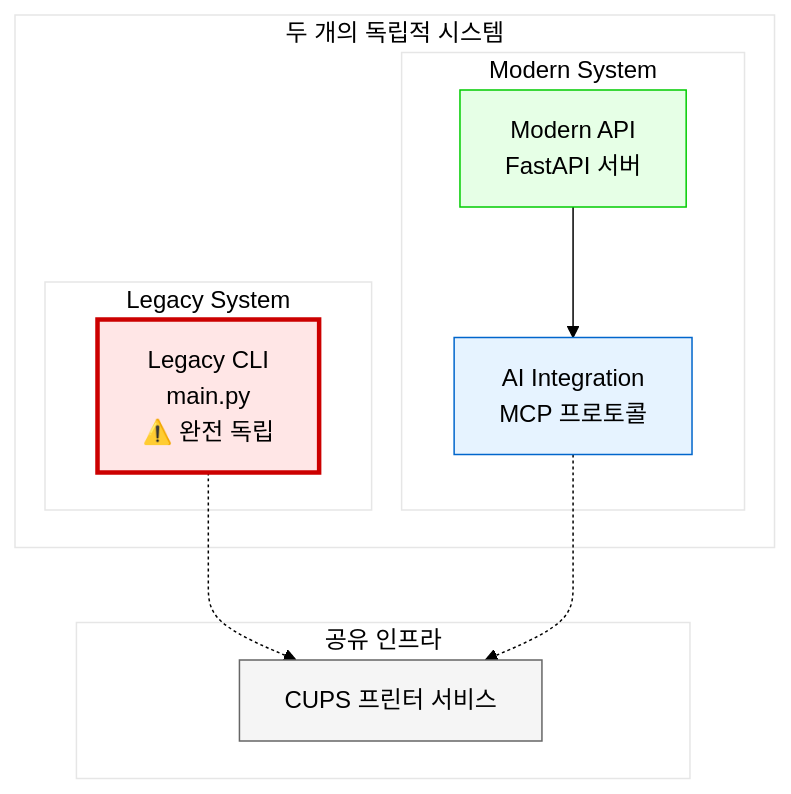
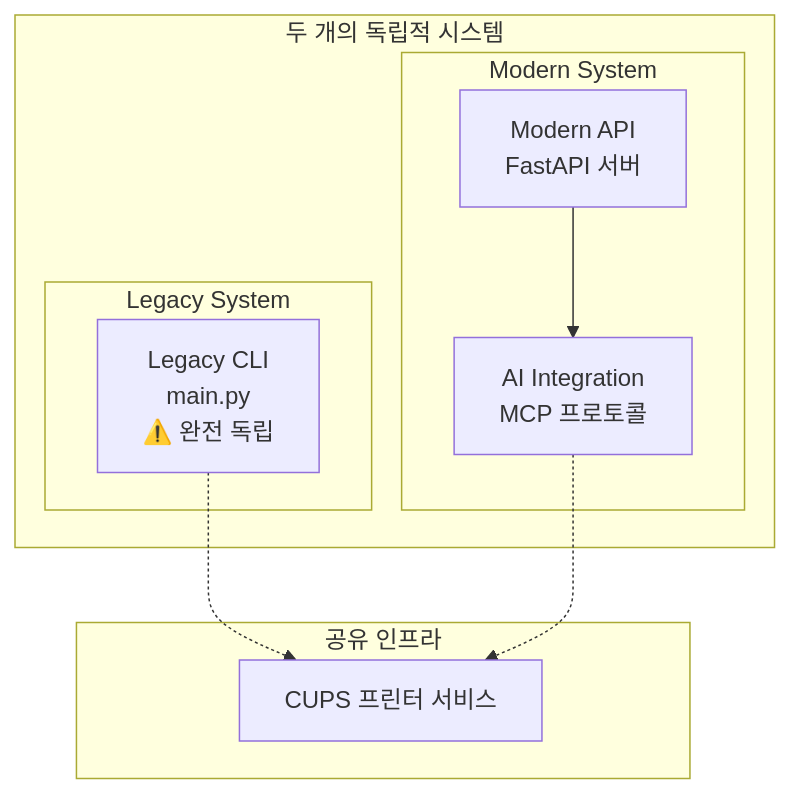
Before and after one commit to nicewook/receipt-printer: the third of 5 diagrams in docs/architecture-overview.md, drawn with Mermaid. The commit also changed other lines of this file and 5 other files, not shown here.

First line of the commit message:
Fix documentation portal Mermaid rendering and clean up markdown files

````diff
--- a/docs/architecture-overview.md
+++ b/docs/architecture-overview.md
@@ -177,35 +137,22 @@
 ```mermaid
-%%{init: {
-  'theme': 'base',
-  'themeVariables': {
-    'primaryColor': '#ffffff',
-    'primaryTextColor': '#000000',
-    'primaryBorderColor': '#000000',
-    'lineColor': '#000000'
-  }
-}}%%
 graph TB
     subgraph "두 개의 독립적 시스템"
         subgraph "Legacy System"
             LEGACY[Legacy CLI<br/>main.py<br/>⚠️ 완전 독립]
         end
         
         subgraph "Modern System"
             MODERN[Modern API<br/>FastAPI 서버]
             AI[AI Integration<br/>MCP 프로토콜]
             MODERN --> AI
         end
     end
     
     subgraph "공유 인프라"
         CUPS_SHARED[CUPS 프린터 서비스]
     end
     
     LEGACY -.-> CUPS_SHARED
     AI -.-> CUPS_SHARED
     
-    style LEGACY fill:#ffe6e6,stroke:#cc0000,stroke-width:3px,color:#000000
-    style MODERN fill:#e6ffe6,stroke:#00cc00,color:#000000
-    style AI fill:#e6f3ff,stroke:#0066cc,color:#000000
-    style CUPS_SHARED fill:#f5f5f5,stroke:#666666,color:#000000
 ```
````
